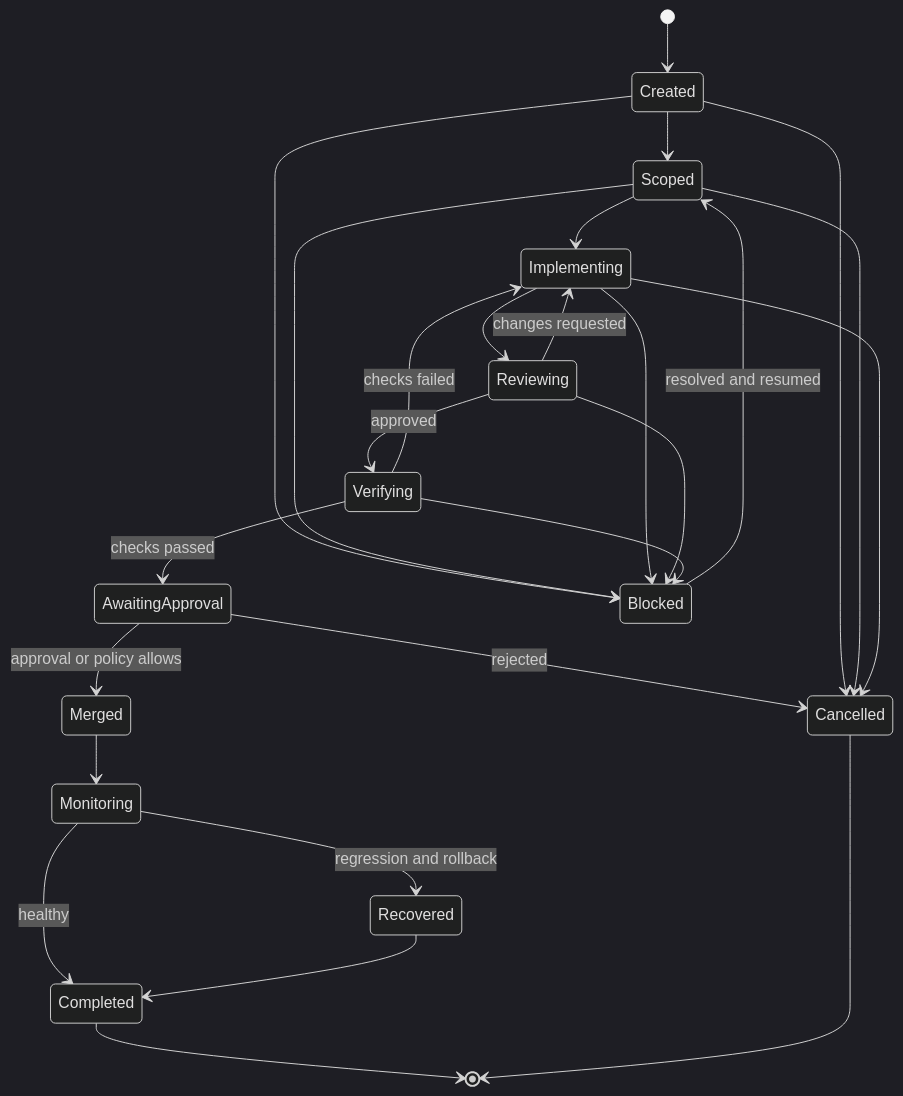
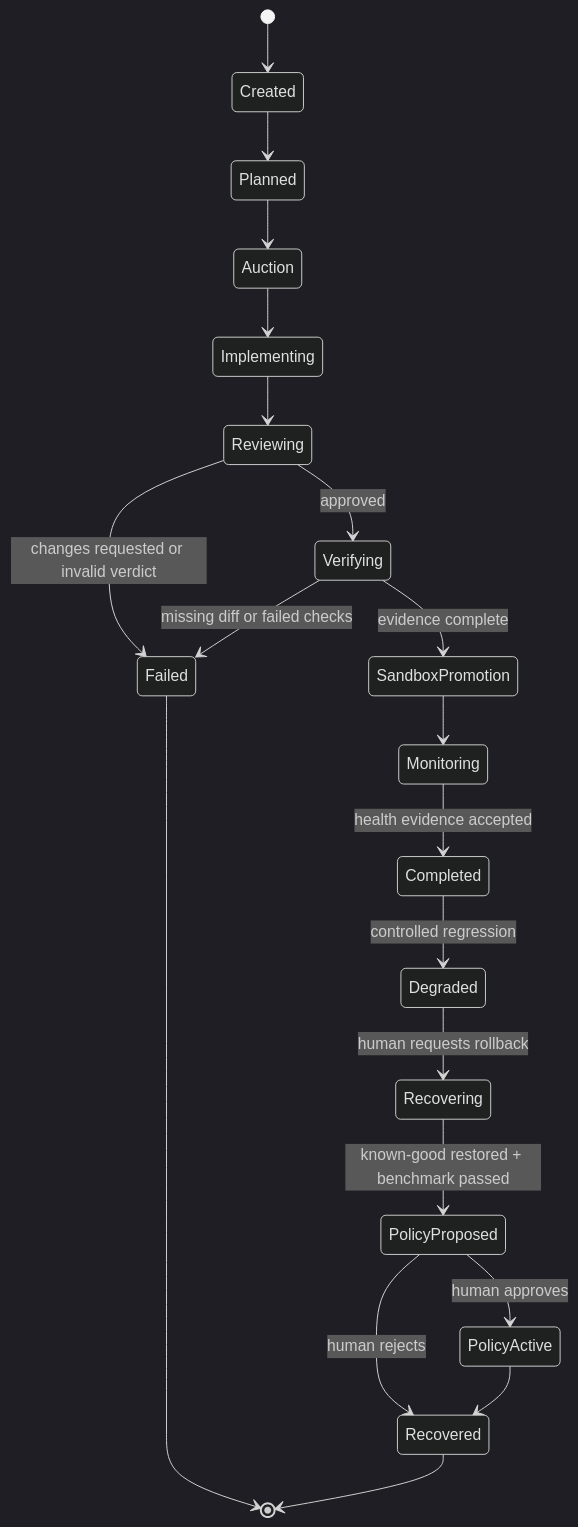
One commit to himanshu748/dhurandhar changed the third of 3 diagrams in docs/ARCHITECTURE.md. Above: the diagram before and after it, drawn with Mermaid (dark theme). The commit also changed other lines of this file and 59 other files, not shown here.

````diff
--- a/docs/ARCHITECTURE.md
+++ b/docs/ARCHITECTURE.md
@@ -183,28 +318,22 @@
 ```mermaid
 stateDiagram-v2
     [*] --> Created
-    Created --> Scoped
-    Scoped --> Implementing
+    Created --> Planned
+    Planned --> Auction
+    Auction --> Implementing
     Implementing --> Reviewing
-    Reviewing --> Implementing: changes requested
+    Reviewing --> Failed: changes requested or invalid verdict
     Reviewing --> Verifying: approved
-    Verifying --> Implementing: checks failed
-    Verifying --> AwaitingApproval: checks passed
-    AwaitingApproval --> Merged: approval or policy allows
-    AwaitingApproval --> Cancelled: rejected
-    Merged --> Monitoring
-    Monitoring --> Recovered: regression and rollback
-    Monitoring --> Completed: healthy
-    Recovered --> Completed
-    Created --> Blocked
-    Scoped --> Blocked
-    Implementing --> Blocked
-    Reviewing --> Blocked
-    Verifying --> Blocked
-    Blocked --> Scoped: resolved and resumed
-    Created --> Cancelled
-    Scoped --> Cancelled
-    Implementing --> Cancelled
-    Completed --> [*]
-    Cancelled --> [*]
+    Verifying --> Failed: missing diff or failed checks
+    Verifying --> SandboxPromotion: evidence complete
+    SandboxPromotion --> Monitoring
+    Monitoring --> Completed: health evidence accepted
+    Completed --> Degraded: controlled regression
+    Degraded --> Recovering: human requests rollback
+    Recovering --> PolicyProposed: known-good restored + benchmark passed
+    PolicyProposed --> PolicyActive: human approves
+    PolicyProposed --> Recovered: human rejects
+    PolicyActive --> Recovered
+    Failed --> [*]
+    Recovered --> [*]
 ```
````
